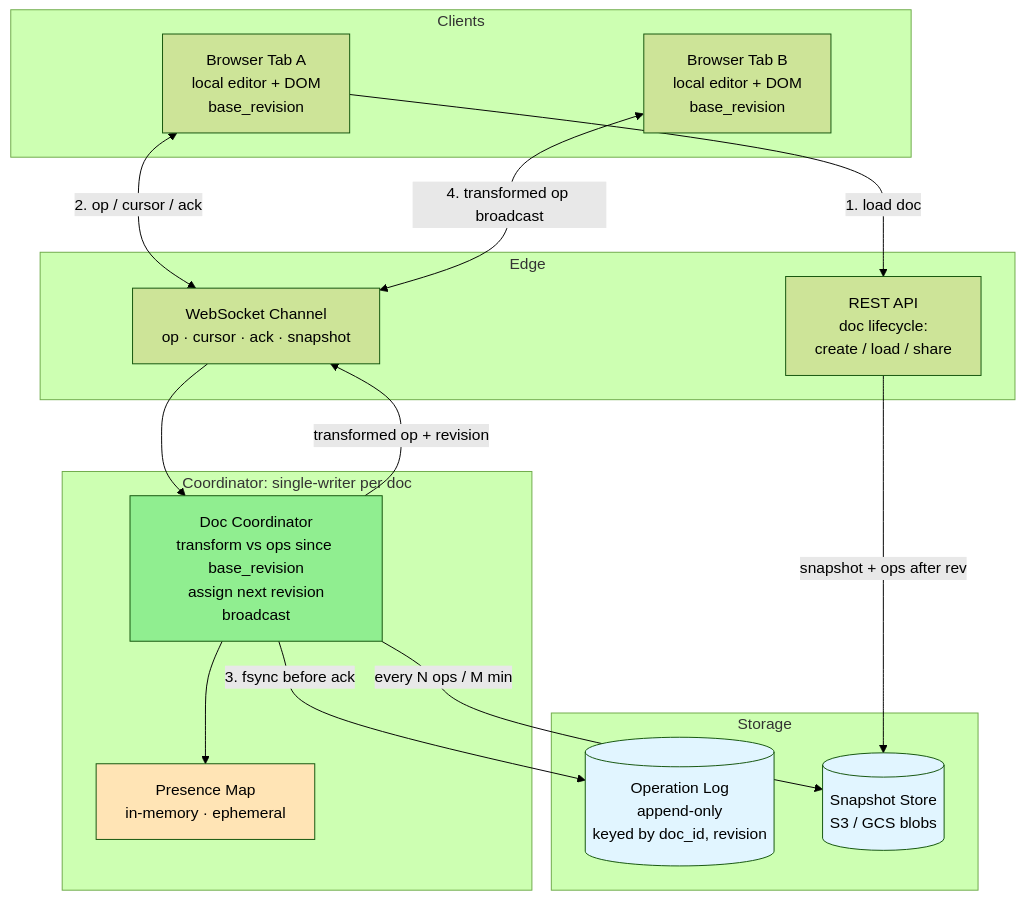
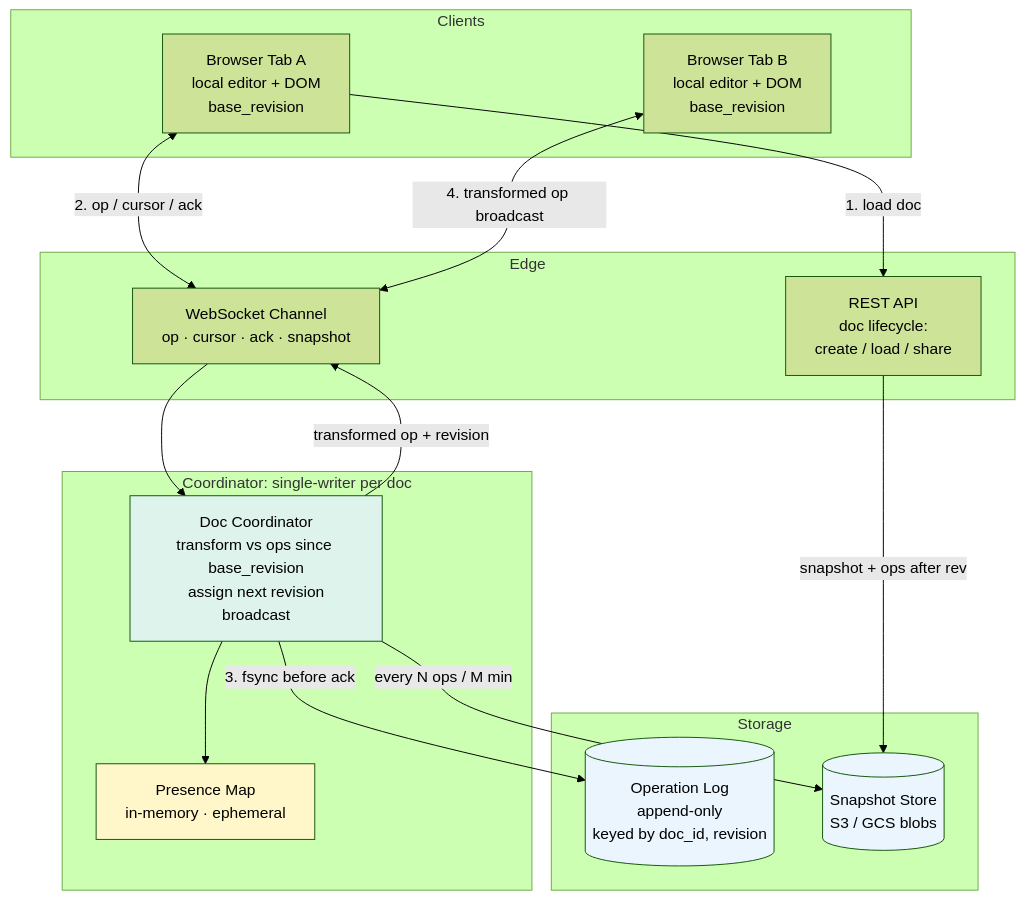
One commit to cartmancodes/InterviewVault changed the second of 6 diagrams in LLD/questions/Design Google Docs.md. Above: the diagram before and after it, drawn with Mermaid (forest theme). The commit also changed other lines of this file and 679 other files, not shown here.

Commit message:
Unify content diagrams and add accessible visual walkthroughs

````diff
--- a/LLD/questions/Design Google Docs.md
+++ b/LLD/questions/Design Google Docs.md
@@ -196,37 +196,37 @@
 ```mermaid
 graph TB
     subgraph "Clients"
         C1[Browser Tab A<br/>local editor + DOM<br/>base_revision]
         C2[Browser Tab B<br/>local editor + DOM<br/>base_revision]
     end
 
     subgraph "Edge"
         REST[REST API<br/>doc lifecycle:<br/>create / load / share]
         WS[WebSocket Channel<br/>op · cursor · ack · snapshot]
     end
 
     subgraph "Coordinator: single-writer per doc"
         CO[Doc Coordinator<br/>transform vs ops since base_revision<br/>assign next revision<br/>broadcast]
         PR[Presence Map<br/>in-memory · ephemeral]
     end
 
     subgraph "Storage"
         OL[(Operation Log<br/>append-only<br/>keyed by doc_id, revision)]
         SN[(Snapshot Store<br/>S3 / GCS blobs)]
     end
 
     C1 -->|1. load doc| REST
     REST -->|snapshot + ops after rev| SN
     C1 <-->|2. op / cursor / ack| WS
     C2 <-->|4. transformed op broadcast| WS
     WS --> CO
     CO -->|3. fsync before ack| OL
     CO -->|every N ops / M min| SN
     CO --> PR
     CO -->|transformed op + revision| WS
 
-    style CO fill:#90EE90
-    style OL fill:#e1f5ff
-    style SN fill:#e1f5ff
-    style PR fill:#FFE4B5
+    style CO fill:#DDF3EC
+    style OL fill:#EAF5FD
+    style SN fill:#EAF5FD
+    style PR fill:#FFF6C9
 ```
````
